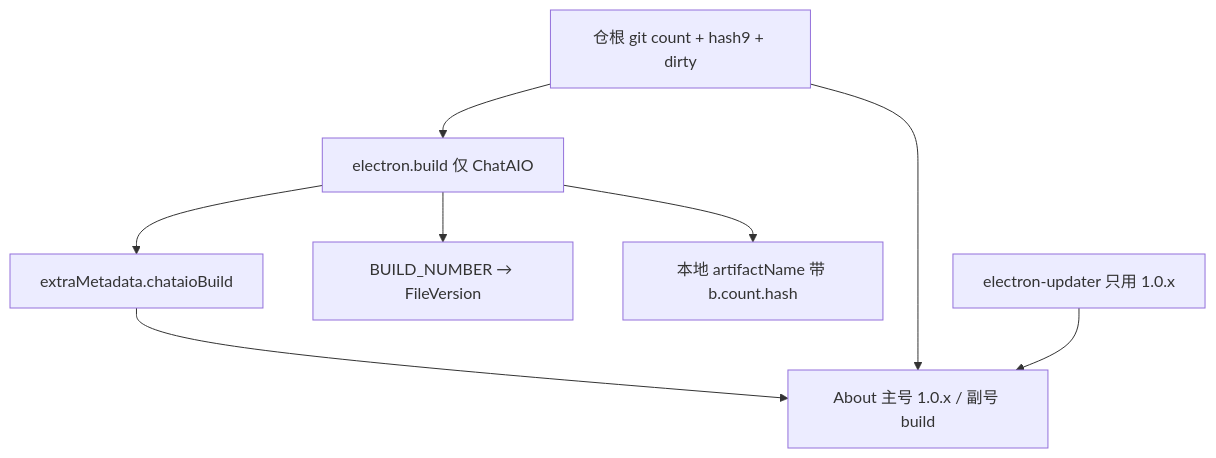
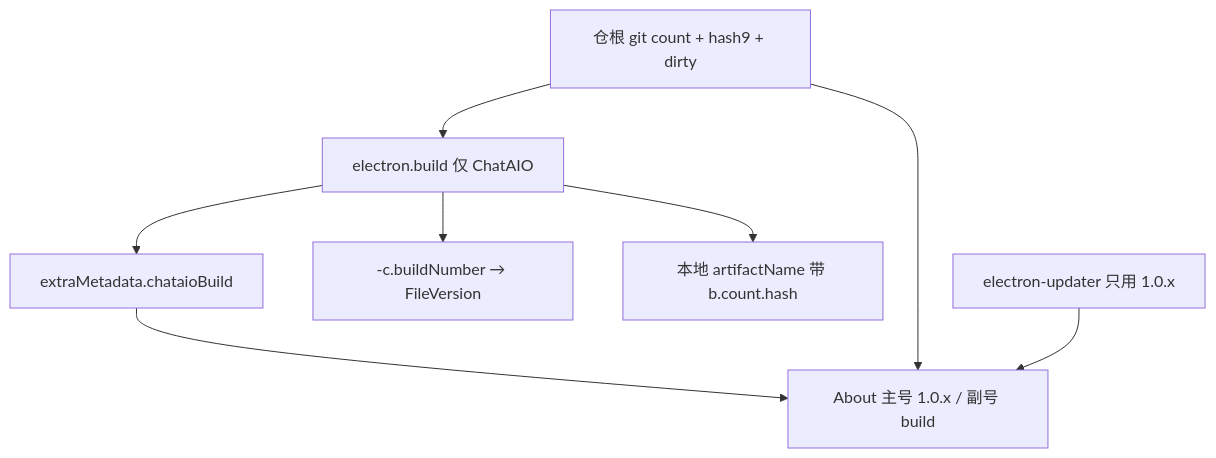
The diagram in projects/ChatAIO/docs/architecture/app-version-identity.md (Kane-Kuroneko/electron-reaxes-react), drawn with Mermaid before and after one commit. The commit also changed other lines of this file and 4 other files, not shown here.

First line of the commit message:
fix(ChatAIO): 本地打包不再因 BUILD_NUMBER 隐式发 GitHub

````diff
--- a/projects/ChatAIO/docs/architecture/app-version-identity.md
+++ b/projects/ChatAIO/docs/architecture/app-version-identity.md
@@ -16,18 +16,18 @@
 ```mermaid
 flowchart TD
   git["仓根 git count + hash9 + dirty"]
   pack["electron.build 仅 ChatAIO"]
   extra["extraMetadata.chataioBuild"]
-  fileVer["BUILD_NUMBER → FileVersion"]
+  fileVer["-c.buildNumber → FileVersion"]
   name["本地 artifactName 带 b.count.hash"]
   about["About 主号 1.0.x / 副号 build"]
   updater["electron-updater 只用 1.0.x"]
 
   git --> pack
   pack --> extra
   pack --> fileVer
   pack --> name
   extra --> about
   git --> about
   updater --> about
 ```
````
